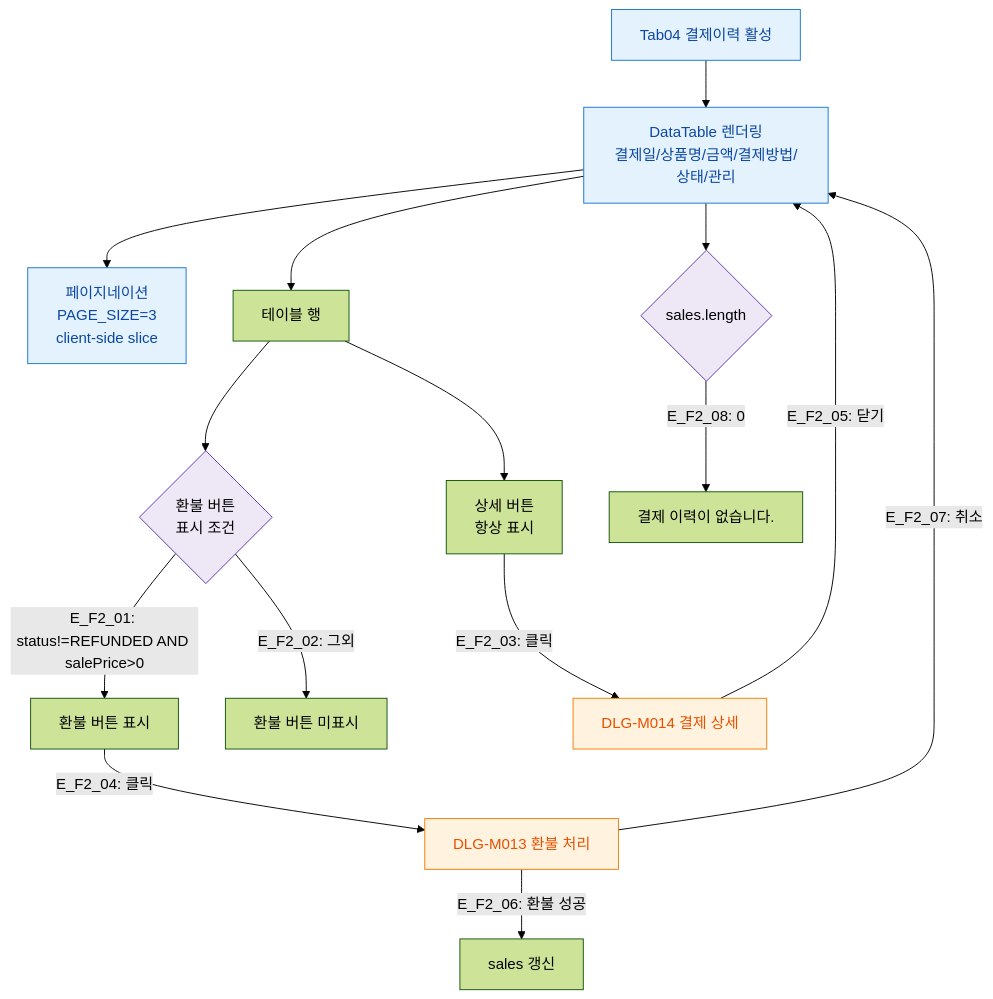
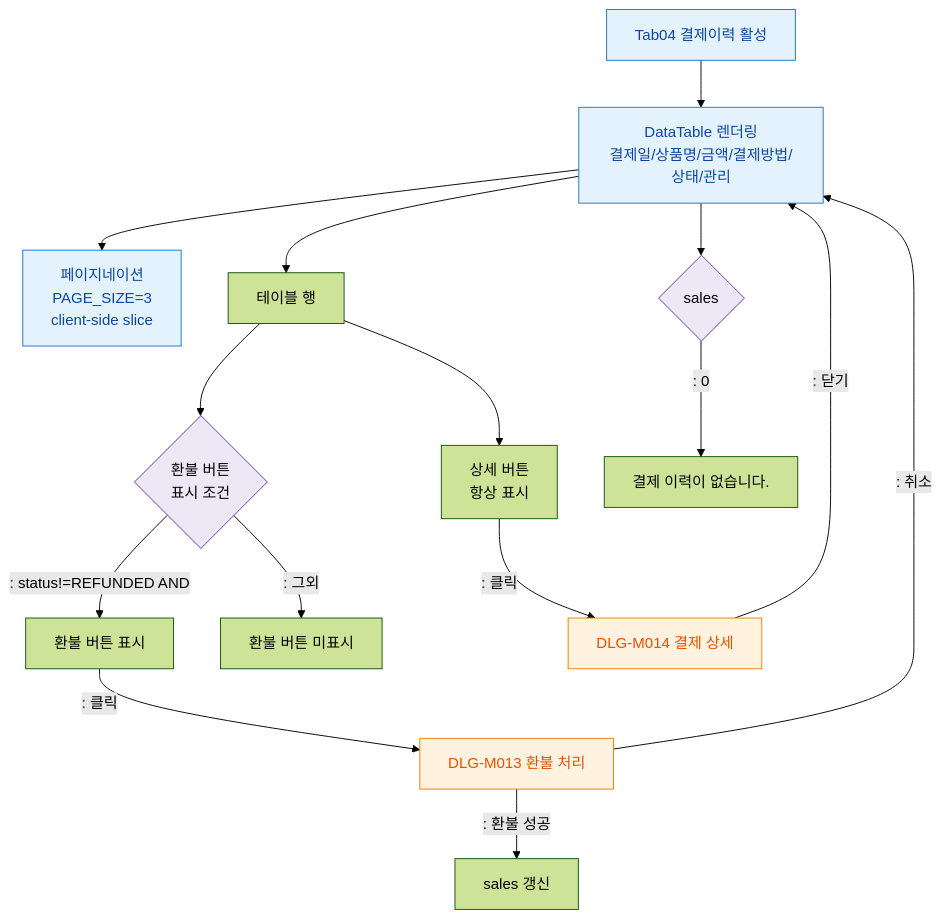
One commit to dev-spogym/admin-pando changed the diagram in docs/다이어그램/D02_회원관리/SCR-M004_회원상세/Tab04_결제이력/F2_메인.md. Above: the diagram before and after it, drawn with Mermaid (forest theme). The commit also changed other lines of this file and 1660 other files, not shown here.

First line of the commit message:
다이어그램: 기획자/클라이언트 납품본으로 정리

````diff
--- a/docs/다이어그램/D02_회원관리/SCR-M004_회원상세/Tab04_결제이력/F2_메인.md
+++ b/docs/다이어그램/D02_회원관리/SCR-M004_회원상세/Tab04_결제이력/F2_메인.md
@@ -22,29 +20,29 @@
 ```mermaid
 flowchart TD
   TAB[Tab04 결제이력 활성] --> TABLE[DataTable 렌더링\n결제일/상품명/금액/결제방법/상태/관리]
 
   TABLE --> PAGING[페이지네이션\nPAGE_SIZE=3\nclient-side slice]
 
   TABLE --> ROW[테이블 행]
   ROW --> BTN_DETAIL[상세 버튼\n항상 표시]
   ROW --> BTN_REFUND{환불 버튼\n표시 조건}
-  BTN_REFUND -->|"E_F2_01: status!=REFUNDED AND salePrice>0"| SHOW_REF[환불 버튼 표시]
-  BTN_REFUND -->|"E_F2_02: 그외"| HIDE_REF[환불 버튼 미표시]
+  BTN_REFUND -->|": status!=REFUNDED AND"|SHOW_REF[환불 버튼 표시]
+  BTN_REFUND -->|": 그외"|HIDE_REF[환불 버튼 미표시]
 
-  BTN_DETAIL -->|"E_F2_03: 클릭"| DLG_M014[DLG-M014 결제 상세]
-  SHOW_REF -->|"E_F2_04: 클릭"| DLG_M013[DLG-M013 환불 처리]
+  BTN_DETAIL -->|": 클릭"|DLG_M014[DLG-M014 결제 상세]
+  SHOW_REF -->|": 클릭"|DLG_M013[DLG-M013 환불 처리]
 
-  DLG_M014 -->|"E_F2_05: 닫기"| TABLE
-  DLG_M013 -->|"E_F2_06: 환불 성공"| REFRESH[sales 갱신]
-  DLG_M013 -->|"E_F2_07: 취소"| TABLE
+  DLG_M014 -->|": 닫기"|TABLE
+  DLG_M013 -->|": 환불 성공"|REFRESH[sales 갱신]
+  DLG_M013 -->|": 취소"|TABLE
 
-  TABLE --> EMPTY{sales.length}
-  EMPTY -->|"E_F2_08: 0"| EMPTY_MSG[결제 이력이 없습니다.]
+  TABLE --> EMPTY{sales}
+  EMPTY -->|": 0"|EMPTY_MSG[결제 이력이 없습니다.]
 
   classDef screen fill:#E3F2FD,stroke:#1976D2,color:#0D47A1
   classDef modal fill:#FFF3E0,stroke:#F57C00,color:#E65100
   classDef system fill:#EDE7F6,stroke:#5E35B2
   class TAB,TABLE,PAGING screen
   class DLG_M014,DLG_M013 modal
   class BTN_REFUND,EMPTY system
 ```
````
